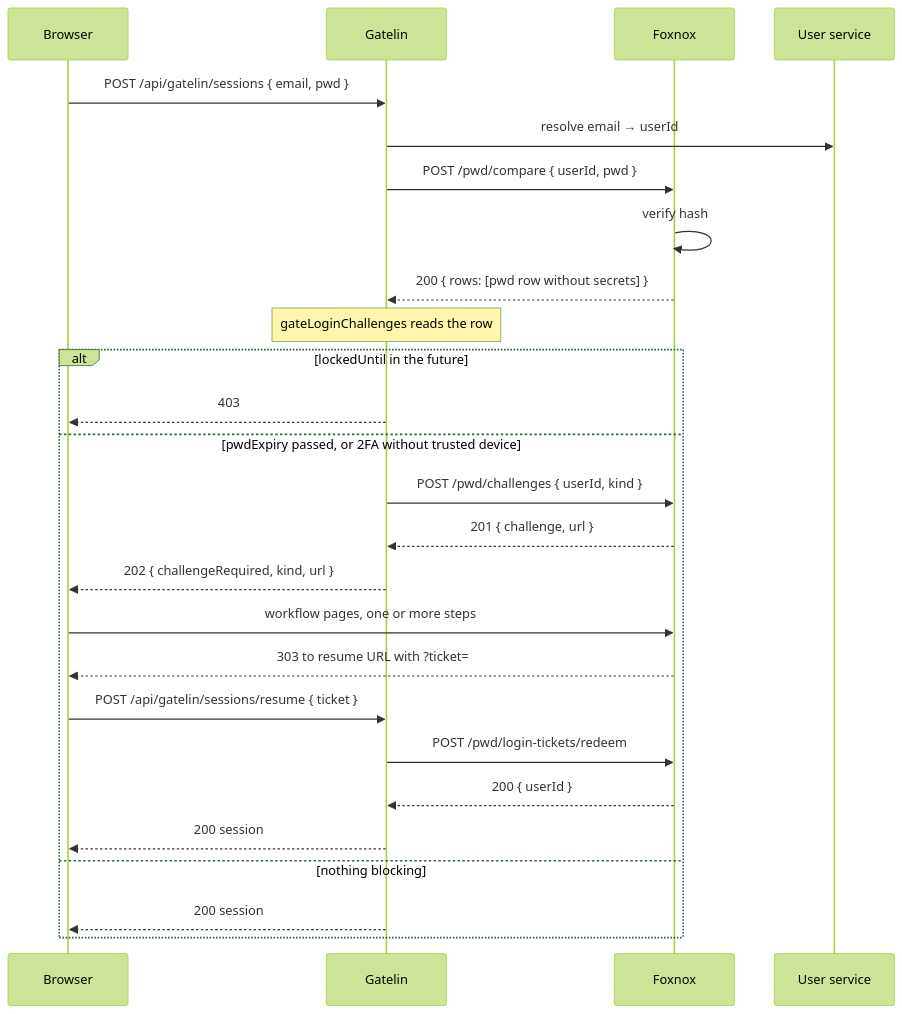
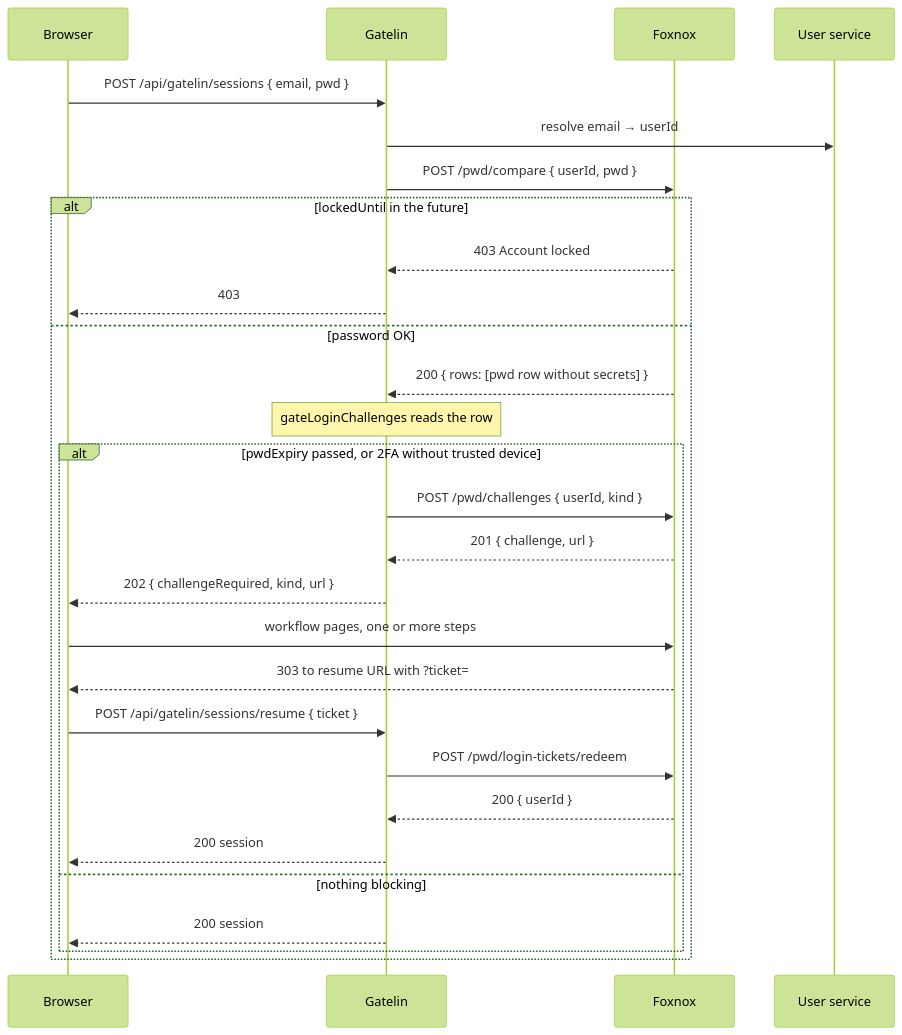
Before and after one commit to ALTEN-group/Foxnox: the diagram in website/docs/guide/architecture.md, drawn with Mermaid (forest theme). The commit also changed other lines of this file and 13 other files, not shown here.

Commit message:
docs: update API documentation to reflect password policy changes, lockout behavior, and environment variable descriptions

````diff
--- a/website/docs/guide/architecture.md
+++ b/website/docs/guide/architecture.md
@@ -101,31 +101,32 @@
 ```mermaid
 sequenceDiagram
     participant B as Browser
     participant G as Gatelin
     participant F as Foxnox
     participant U as User service
 
     B->>G: POST /api/gatelin/sessions { email, pwd }
     G->>U: resolve email → userId
     G->>F: POST /pwd/compare { userId, pwd }
-    F->>F: verify hash
-    F-->>G: 200 { rows: [pwd row without secrets] }
-
-    Note over G: gateLoginChallenges reads the row
 
     alt lockedUntil in the future
+        F-->>G: 403 Account locked
         G-->>B: 403
-    else pwdExpiry passed, or 2FA without trusted device
-        G->>F: POST /pwd/challenges { userId, kind }
-        F-->>G: 201 { challenge, url }
-        G-->>B: 202 { challengeRequired, kind, url }
-        B->>F: workflow pages, one or more steps
-        F-->>B: 303 to resume URL with ?ticket=
-        B->>G: POST /api/gatelin/sessions/resume { ticket }
-        G->>F: POST /pwd/login-tickets/redeem
-        F-->>G: 200 { userId }
-        G-->>B: 200 session
-    else nothing blocking
-        G-->>B: 200 session
+    else password OK
+        F-->>G: 200 { rows: [pwd row without secrets] }
+        Note over G: gateLoginChallenges reads the row
+        alt pwdExpiry passed, or 2FA without trusted device
+            G->>F: POST /pwd/challenges { userId, kind }
+            F-->>G: 201 { challenge, url }
+            G-->>B: 202 { challengeRequired, kind, url }
+            B->>F: workflow pages, one or more steps
+            F-->>B: 303 to resume URL with ?ticket=
+            B->>G: POST /api/gatelin/sessions/resume { ticket }
+            G->>F: POST /pwd/login-tickets/redeem
+            F-->>G: 200 { userId }
+            G-->>B: 200 session
+        else nothing blocking
+            G-->>B: 200 session
+        end
     end
 ```
````
